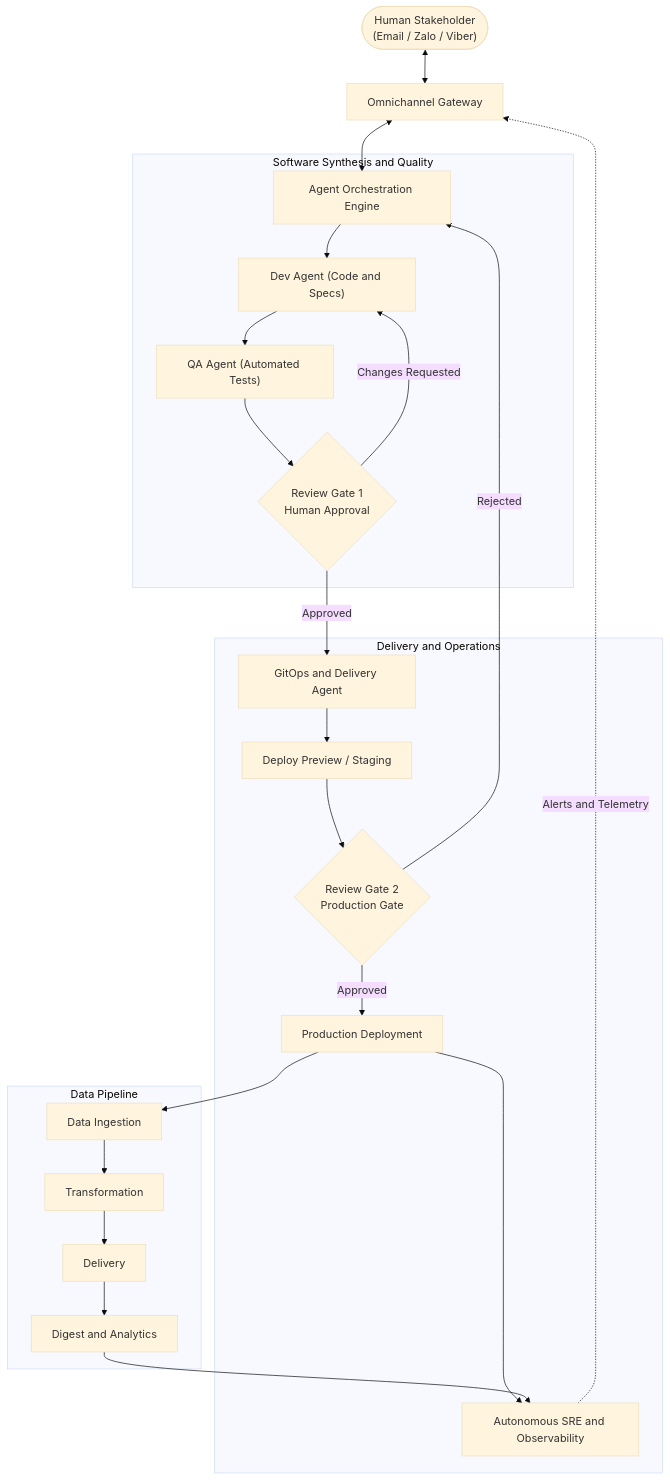
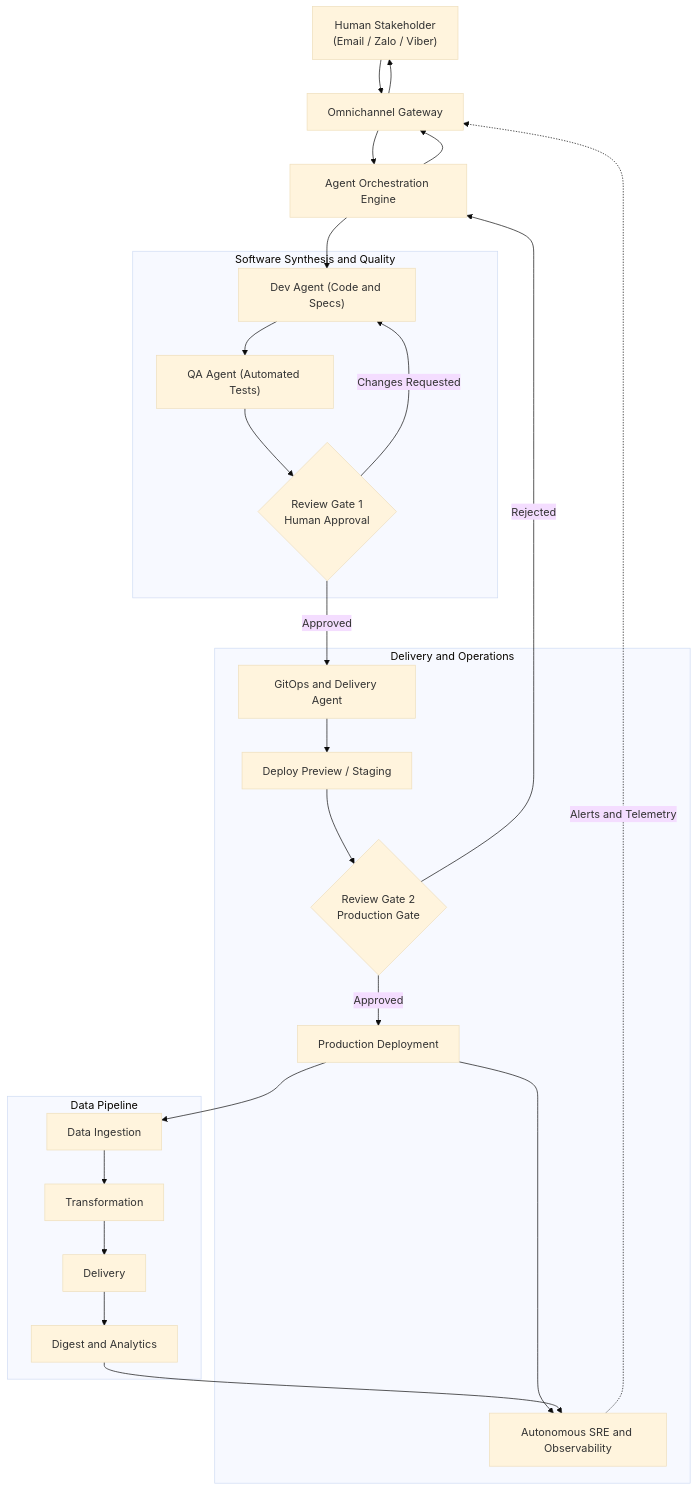
Before and after one commit to sonnormal/stratum-meta: the diagram in README.md, drawn with Mermaid (base theme). The commit also changed other lines of this file and 1 other file, not shown here.

Commit message:
feat(docs): embed standalone vector SVG diagram for guaranteed markdown preview rendering

````diff
--- a/README.md
+++ b/README.md
@@ -54,36 +59,54 @@
 ```mermaid
-flowchart TD
-    User(["Human Stakeholder<br/>(Email / Zalo / Viber)"])
+graph TD
+    User["Human Stakeholder<br/>(Email / Zalo / Viber)"]
     Gateway["Omnichannel Gateway"]
     Orchestrator["Agent Orchestration Engine"]
 
-    User <--> Gateway
-    Gateway <--> Orchestrator
+    User --> Gateway
+    Gateway --> User
+    Gateway --> Orchestrator
+    Orchestrator --> Gateway
 
     subgraph DevLifecycle ["Software Synthesis and Quality"]
-        Orchestrator --> DevAgent["Dev Agent (Code and Specs)"]
-        DevAgent --> TestAgent["QA Agent (Automated Tests)"]
-        TestAgent --> ReviewGate1{"Review Gate 1<br/>Human Approval"}
+        DevAgent["Dev Agent (Code and Specs)"]
+        TestAgent["QA Agent (Automated Tests)"]
+        ReviewGate1{"Review Gate 1<br/>Human Approval"}
+
+        DevAgent --> TestAgent
+        TestAgent --> ReviewGate1
+        ReviewGate1 -->|"Changes Requested"| DevAgent
     end
 
-    ReviewGate1 -->|"Approved"| GitOpsAgent["GitOps and Delivery Agent"]
-    ReviewGate1 -->|"Changes Requested"| DevAgent
+    Orchestrator --> DevAgent
+    ReviewGate1 -->|"Approved"| GitOpsAgent
 
     subgraph DeliveryOps ["Delivery and Operations"]
-        GitOpsAgent --> StagingDeploy["Deploy Preview / Staging"]
-        StagingDeploy --> ReviewGate2{"Review Gate 2<br/>Production Gate"}
-        ReviewGate2 -->|"Approved"| ProdDeploy["Production Deployment"]
-        ReviewGate2 -->|"Rejected"| Orchestrator
-        ProdDeploy --> AIOps["Autonomous SRE and Observability"]
+        GitOpsAgent["GitOps and Delivery Agent"]
+        StagingDeploy["Deploy Preview / Staging"]
+        ReviewGate2{"Review Gate 2<br/>Production Gate"}
+        ProdDeploy["Production Deployment"]
+        AIOps["Autonomous SRE and Observability"]
+
+        GitOpsAgent --> StagingDeploy
+        StagingDeploy --> ReviewGate2
+        ReviewGate2 -->|"Approved"| ProdDeploy
+        ProdDeploy --> AIOps
     end
 
+    ReviewGate2 -->|"Rejected"| Orchestrator
+
     subgraph DataLifecycle ["Data Pipeline"]
-        ProdDeploy --> Ingest["Data Ingestion"]
-        Ingest --> Transform["Transformation"]
-        Transform --> Delivery["Delivery"]
-        Delivery --> Digest["Digest and Analytics"]
-        Digest --> AIOps
+        Ingest["Data Ingestion"]
+        Transform["Transformation"]
+        Delivery["Delivery"]
+        Digest["Digest and Analytics"]
+
+        Ingest --> Transform
+        Transform --> Delivery
+        Delivery --> Digest
     end
 
+    ProdDeploy --> Ingest
+    Digest --> AIOps
     AIOps -.->|"Alerts and Telemetry"| Gateway
 ```
````
